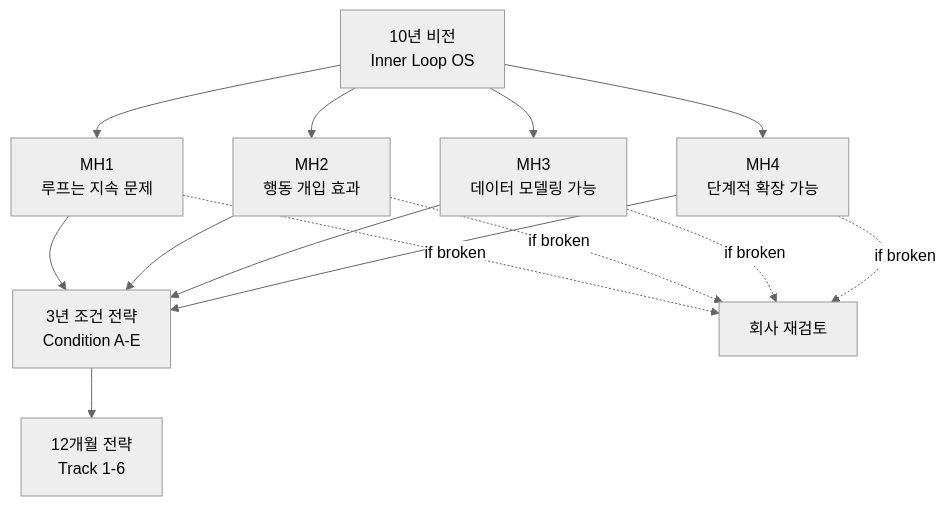
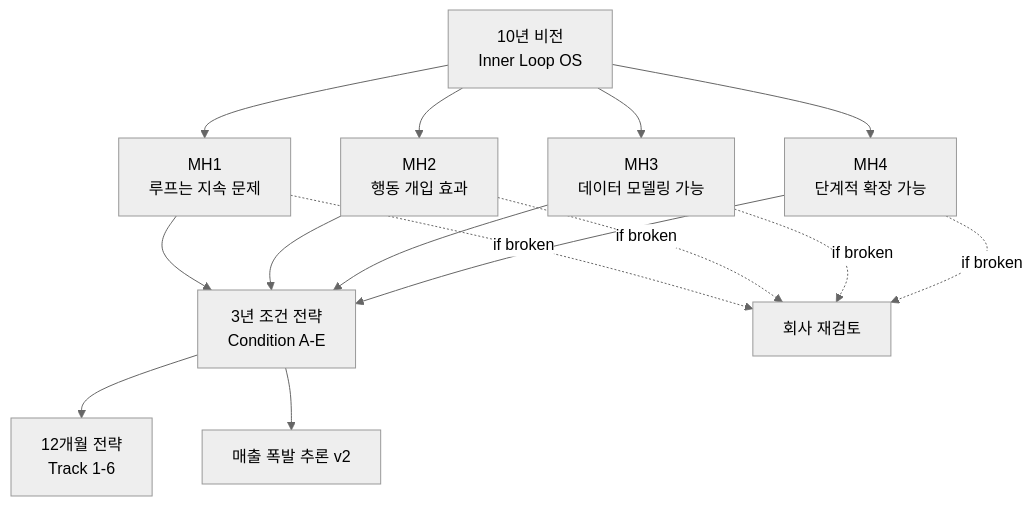
Before and after one commit to Eunhyang/loop-public: the diagram in 01_North_Star/10년 비전.md, drawn with Mermaid (neutral theme). The commit also changed other lines of this file and 2 other files, not shown here.

Commit message:
auto: 2026-01-23 01:45 - 3 files

````diff
--- a/01_North_Star/10년 비전.md
+++ b/01_North_Star/10년 비전.md
@@ -275,29 +275,30 @@
 ```mermaid
 graph TD
     Vision[10년 비전<br/>Inner Loop OS]
 
     MH1[MH1<br/>루프는 지속 문제]
     MH2[MH2<br/>행동 개입 효과]
     MH3[MH3<br/>데이터 모델링 가능]
     MH4[MH4<br/>단계적 확장 가능]
 
     Strategy3Y[3년 조건 전략<br/>Condition A-E]
     Strategy12M[12개월 전략<br/>Track 1-6]
 
     Vision --> MH1
     Vision --> MH2
     Vision --> MH3
     Vision --> MH4
 
     MH1 --> Strategy3Y
     MH2 --> Strategy3Y
     MH3 --> Strategy3Y
     MH4 --> Strategy3Y
 
     Strategy3Y --> Strategy12M
+    Strategy3Y --> Roadmap[매출 폭발 추론 v2]
 
     MH1 -.->|if broken| Shutdown[회사 재검토]
     MH2 -.->|if broken| Shutdown
     MH3 -.->|if broken| Shutdown
     MH4 -.->|if broken| Shutdown
 ```
````
